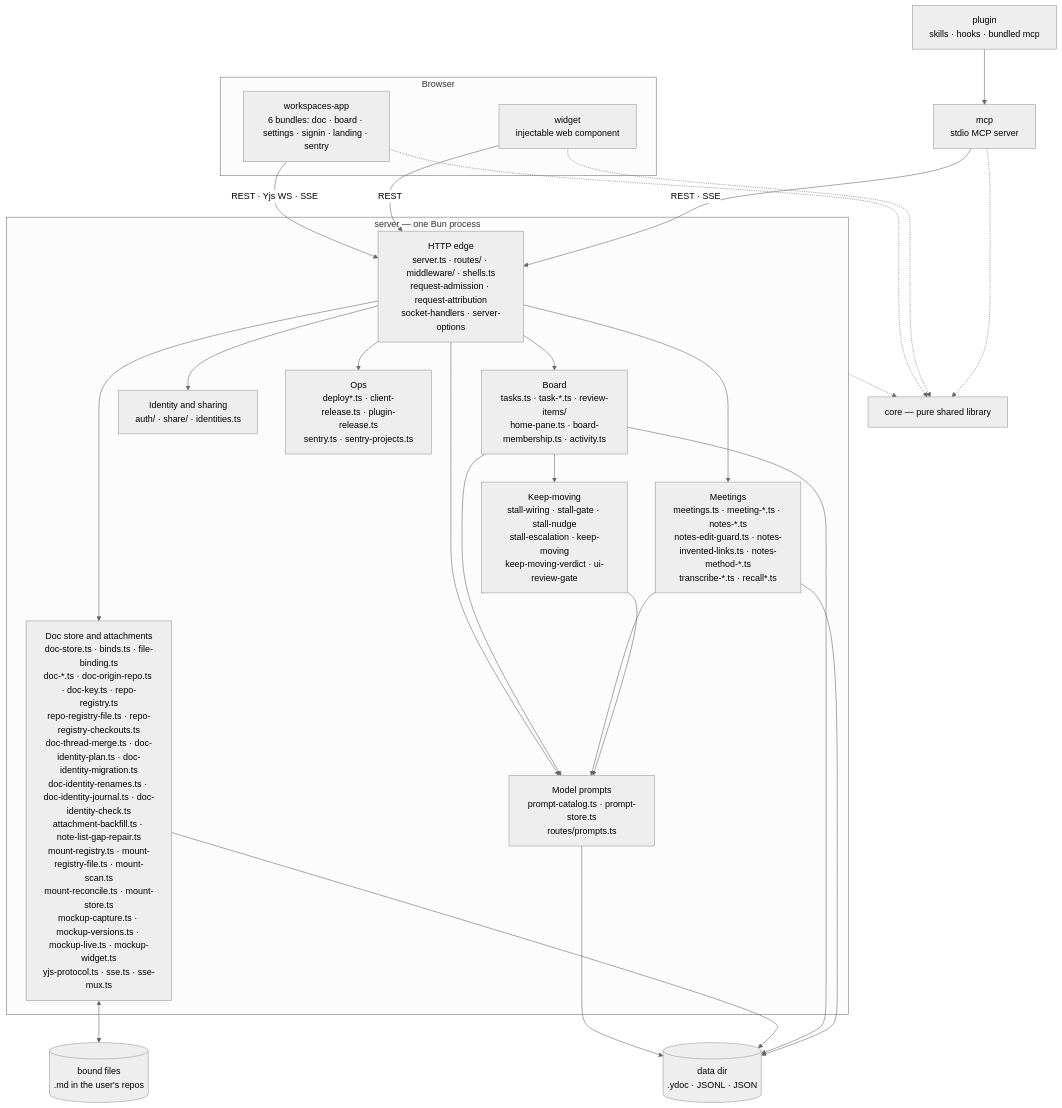
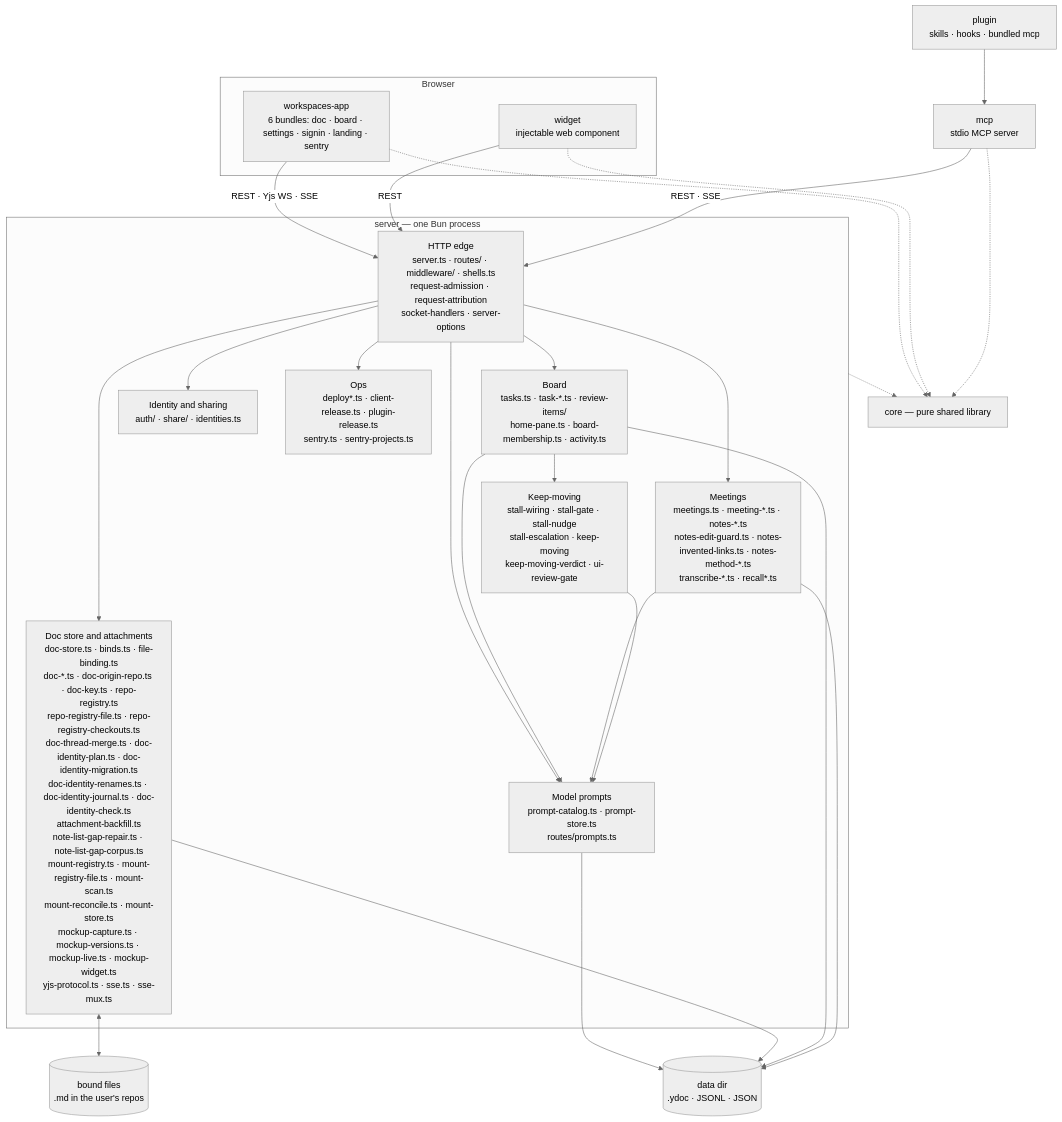
The first of 2 diagrams in docs/architecture/overview.md (fryanpan/claude-workspaces-plugin), drawn with Mermaid (neutral theme) before and after one commit. The commit also changed other lines of this file and 4 other files, not shown here.

````diff
--- a/docs/architecture/overview.md
+++ b/docs/architecture/overview.md
@@ -45,35 +45,35 @@
 ```mermaid
 flowchart TB
   subgraph browser[Browser]
     app["workspaces-app<br/>6 bundles: doc · board · settings · signin · landing · sentry"]
     wid["widget<br/>injectable web component"]
   end
   plug["plugin<br/>skills · hooks · bundled mcp"]
   mcp["mcp<br/>stdio MCP server"]
   subgraph srv["server — one Bun process"]
     edge["HTTP edge<br/>server.ts · routes/ · middleware/ · shells.ts<br/>request-admission · request-attribution<br/>socket-handlers · server-options"]
-    docs["Doc store and attachments<br/>doc-store.ts · binds.ts · file-binding.ts<br/>doc-*.ts · doc-origin-repo.ts · doc-key.ts · repo-registry.ts<br/>repo-registry-file.ts · repo-registry-checkouts.ts<br/>doc-thread-merge.ts · doc-identity-plan.ts · doc-identity-migration.ts<br/>doc-identity-renames.ts · doc-identity-journal.ts · doc-identity-check.ts<br/>attachment-backfill.ts · note-list-gap-repair.ts<br/>mount-registry.ts · mount-registry-file.ts · mount-scan.ts<br/>mount-reconcile.ts · mount-store.ts<br/>mockup-capture.ts · mockup-versions.ts · mockup-live.ts · mockup-widget.ts<br/>yjs-protocol.ts · sse.ts · sse-mux.ts"]
+    docs["Doc store and attachments<br/>doc-store.ts · binds.ts · file-binding.ts<br/>doc-*.ts · doc-origin-repo.ts · doc-key.ts · repo-registry.ts<br/>repo-registry-file.ts · repo-registry-checkouts.ts<br/>doc-thread-merge.ts · doc-identity-plan.ts · doc-identity-migration.ts<br/>doc-identity-renames.ts · doc-identity-journal.ts · doc-identity-check.ts<br/>attachment-backfill.ts<br/>note-list-gap-repair.ts · note-list-gap-corpus.ts<br/>mount-registry.ts · mount-registry-file.ts · mount-scan.ts<br/>mount-reconcile.ts · mount-store.ts<br/>mockup-capture.ts · mockup-versions.ts · mockup-live.ts · mockup-widget.ts<br/>yjs-protocol.ts · sse.ts · sse-mux.ts"]
     board["Board<br/>tasks.ts · task-*.ts · review-items/<br/>home-pane.ts · board-membership.ts · activity.ts"]
     meet["Meetings<br/>meetings.ts · meeting-*.ts · notes-*.ts<br/>notes-edit-guard.ts · notes-invented-links.ts · notes-method-*.ts<br/>transcribe-*.ts · recall*.ts"]
     keep["Keep-moving<br/>stall-wiring · stall-gate · stall-nudge<br/>stall-escalation · keep-moving<br/>keep-moving-verdict · ui-review-gate"]
     ident["Identity and sharing<br/>auth/ · share/ · identities.ts"]
     prompts["Model prompts<br/>prompt-catalog.ts · prompt-store.ts<br/>routes/prompts.ts"]
     ops["Ops<br/>deploy*.ts · client-release.ts · plugin-release.ts<br/>sentry.ts · sentry-projects.ts"]
   end
   core["core — pure shared library"]
   disk[("data dir<br/>.ydoc · JSONL · JSON")]
   files[("bound files<br/>.md in the user's repos")]
 
   app -->|"REST · Yjs WS · SSE"| edge
   wid -->|REST| edge
   plug --> mcp
   mcp -->|"REST · SSE"| edge
   edge --> docs & board & meet & ident & ops & prompts
   board & meet & keep --> prompts
   prompts --> disk
   board --> keep
   docs <--> files
   docs & board & meet --> disk
   app & wid & mcp -.-> core
   srv -.-> core
 ```
````
